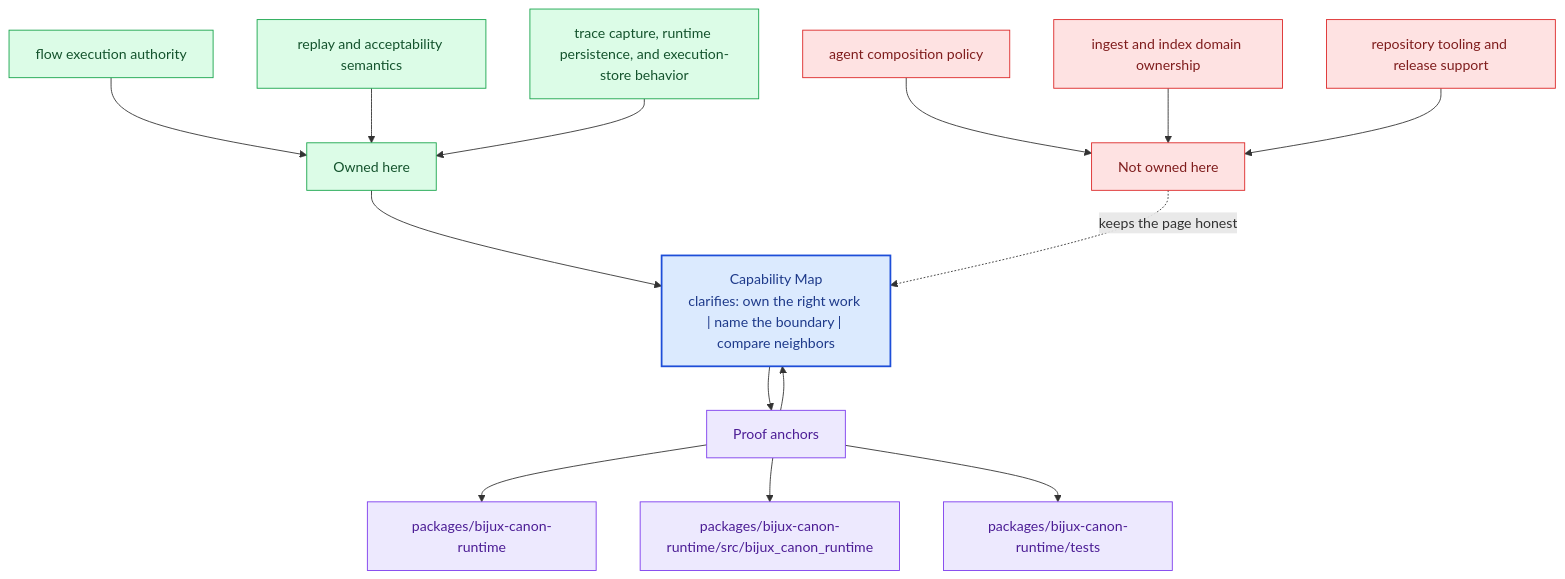
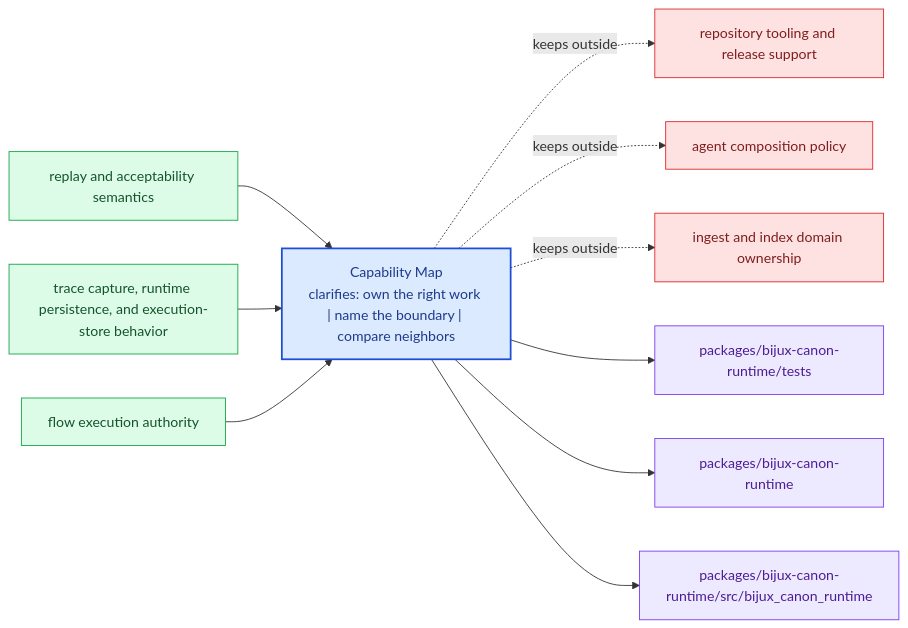
Before and after one commit to bijux/bijux-canon: the diagram in docs/bijux-canon-runtime/foundation/capability-map.md, drawn with Mermaid. The commit also changed other lines of this file and 281 other files, not shown here.

Commit message:
docs(diagrams): replace repeated mermaid scaffolds with page-specific summaries

````diff
--- a/docs/bijux-canon-runtime/foundation/capability-map.md
+++ b/docs/bijux-canon-runtime/foundation/capability-map.md
@@ -68,40 +23,31 @@
 ```mermaid
-flowchart TB
-    promise["Capability Map<br/>clarifies: own the right work | name the boundary | compare neighbors"]
-    classDef promise fill:#dbeafe,stroke:#1d4ed8,color:#1e3a8a,stroke-width:2px;
-    classDef driver fill:#dcfce7,stroke:#16a34a,color:#14532d;
-    classDef constraint fill:#fee2e2,stroke:#dc2626,color:#7f1d1d;
-    classDef ground fill:#ede9fe,stroke:#7c3aed,color:#4c1d95;
-    focus1["Owned here"]
-    focus1 --> promise
-    focus1_1["flow execution authority"]
-    focus1_1 --> focus1
-    focus1_2["replay and acceptability semantics"]
-    focus1_2 --> focus1
-    focus1_3["trace capture, runtime persistence, and execution-store behavior"]
-    focus1_3 --> focus1
-    class focus1 driver;
-    class focus1_1,focus1_2,focus1_3 driver;
-    focus2["Not owned here"]
-    focus2 -.keeps the page honest.-> promise
-    focus2_1["agent composition policy"]
-    focus2_1 --> focus2
-    focus2_2["ingest and index domain ownership"]
-    focus2_2 --> focus2
-    focus2_3["repository tooling and release support"]
-    focus2_3 --> focus2
-    class focus2 constraint;
-    class focus2_1,focus2_2,focus2_3 constraint;
-    focus3["Proof anchors"]
-    focus3 --> promise
-    promise --> focus3
-    focus3_1["packages/bijux-canon-runtime"]
-    focus3 --> focus3_1
-    focus3_2["packages/bijux-canon-runtime/src/bijux_canon_runtime"]
-    focus3 --> focus3_2
-    focus3_3["packages/bijux-canon-runtime/tests"]
-    focus3 --> focus3_3
-    class focus3 ground;
-    class focus3_1,focus3_2,focus3_3 ground;
-    class promise promise;
+flowchart LR
+    page["Capability Map<br/>clarifies: own the right work | name the boundary | compare neighbors"]
+    classDef page fill:#dbeafe,stroke:#1d4ed8,color:#1e3a8a,stroke-width:2px;
+    classDef positive fill:#dcfce7,stroke:#16a34a,color:#14532d;
+    classDef caution fill:#fee2e2,stroke:#dc2626,color:#7f1d1d;
+    classDef anchor fill:#ede9fe,stroke:#7c3aed,color:#4c1d95;
+    classDef action fill:#fef3c7,stroke:#d97706,color:#7c2d12;
+    own1["replay and acceptability semantics"]
+    own1 --> page
+    own2["trace capture, runtime persistence, and execution-store behavior"]
+    own2 --> page
+    own3["flow execution authority"]
+    own3 --> page
+    limit1["repository tooling and release support"]
+    page -.keeps outside.-> limit1
+    limit2["agent composition policy"]
+    page -.keeps outside.-> limit2
+    limit3["ingest and index domain ownership"]
+    page -.keeps outside.-> limit3
+    anchor1["packages/bijux-canon-runtime/tests"]
+    page --> anchor1
+    anchor2["packages/bijux-canon-runtime"]
+    page --> anchor2
+    anchor3["packages/bijux-canon-runtime/src/bijux_canon_runtime"]
+    page --> anchor3
+    class page page;
+    class own1,own2,own3 positive;
+    class limit1,limit2,limit3 caution;
+    class anchor1,anchor2,anchor3 anchor;
 ```
````
